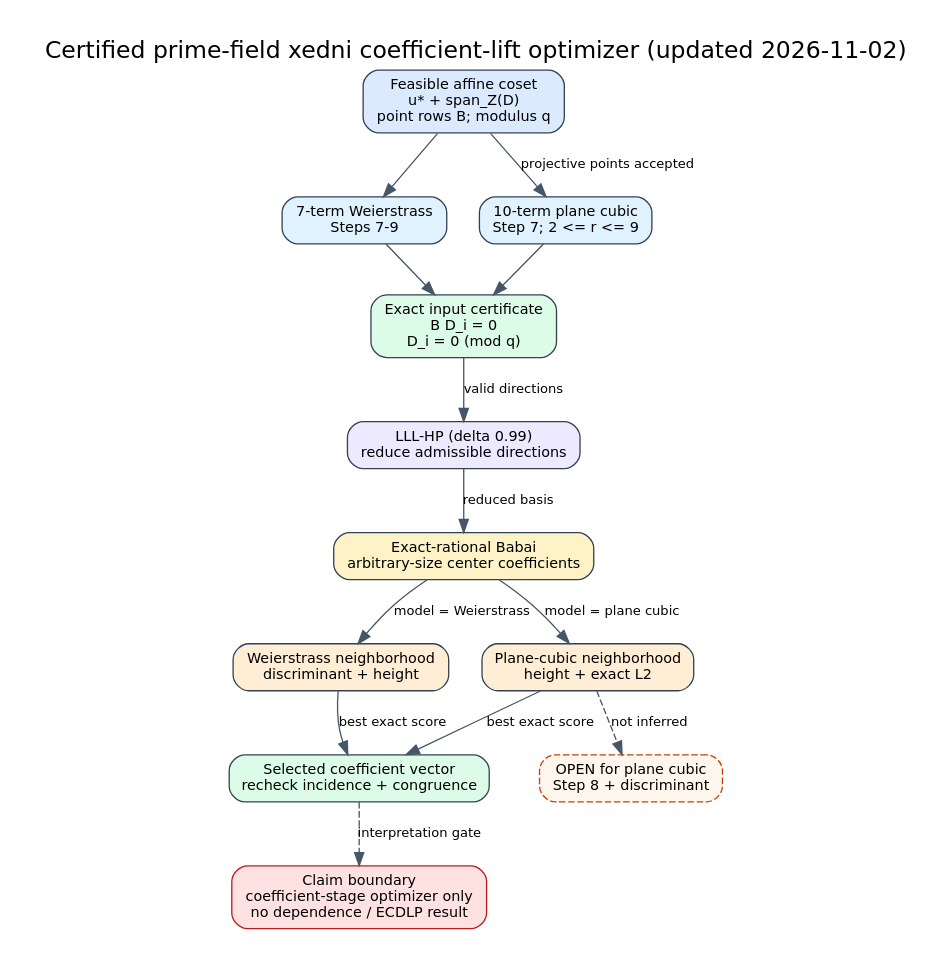
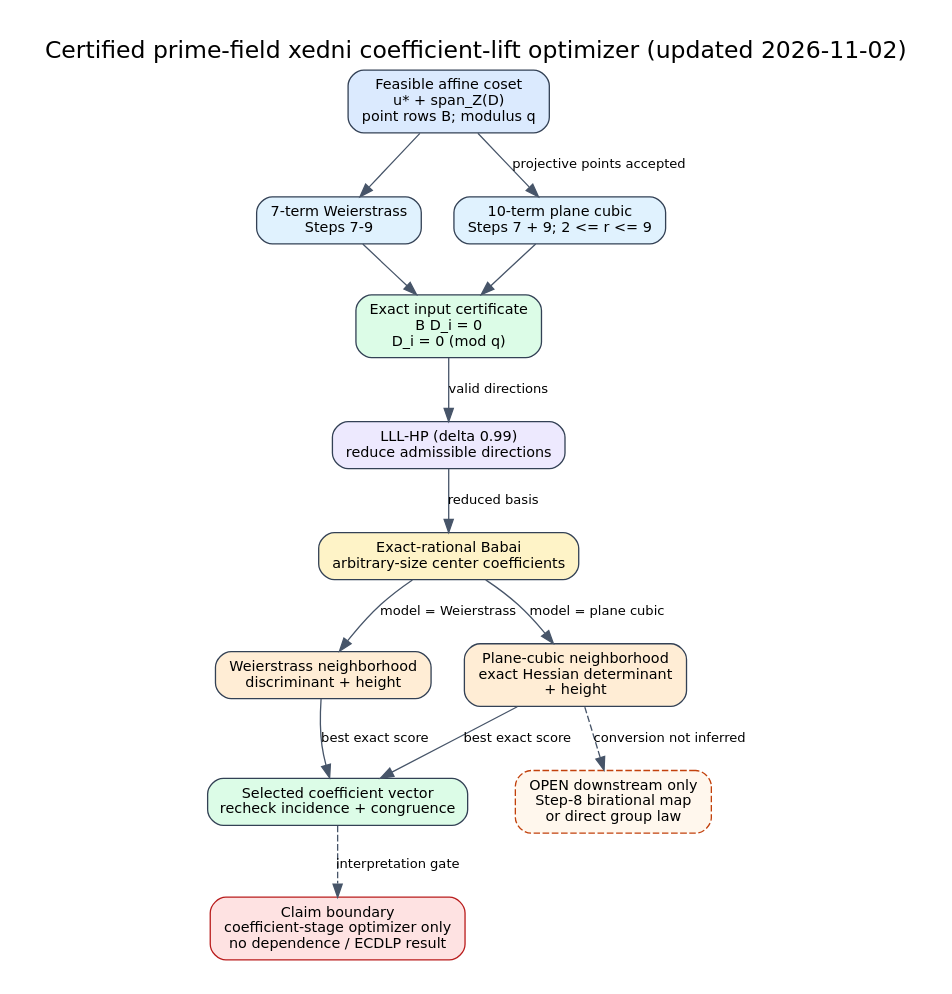
The diagram in research/xedni_lift_optimizer_20261101/pipeline.dot (isogeny-labs/cryptanalysis), drawn with Graphviz before and after one commit. The commit also changed 8 other files, not shown here.

```diff
--- a/research/xedni_lift_optimizer_20261101/pipeline.dot
+++ b/research/xedni_lift_optimizer_20261101/pipeline.dot
@@ -1,33 +1,33 @@
 digraph xedni_lift {
   graph [rankdir=TB, bgcolor="white", pad=0.25, nodesep=0.35, ranksep=0.52,
          label="Certified prime-field xedni coefficient-lift optimizer (updated 2026-11-02)",
          labelloc=t, fontsize=18, fontname="DejaVu Sans"];
   node [shape=box, style="rounded,filled", fontname="DejaVu Sans", fontsize=11,
         color="#334155", fillcolor="#f8fafc", margin="0.14,0.09"];
   edge [fontname="DejaVu Sans", fontsize=10, color="#475569"];
 
   input [label="Feasible affine coset\nu* + span_Z(D)\npoint rows B; modulus q", fillcolor="#dbeafe"];
   wmodel [label="7-term Weierstrass\nSteps 7-9", fillcolor="#e0f2fe"];
-  cmodel [label="10-term plane cubic\nStep 7; 2 <= r <= 9", fillcolor="#e0f2fe"];
+  cmodel [label="10-term plane cubic\nSteps 7 + 9; 2 <= r <= 9", fillcolor="#e0f2fe"];
   certify [label="Exact input certificate\nB D_i = 0\nD_i = 0 (mod q)", fillcolor="#dcfce7"];
   lll [label="LLL-HP (delta 0.99)\nreduce admissible directions", fillcolor="#ede9fe"];
   babai [label="Exact-rational Babai\narbitrary-size center coefficients", fillcolor="#fef3c7"];
   wsearch [label="Weierstrass neighborhood\ndiscriminant + height", fillcolor="#ffedd5"];
-  csearch [label="Plane-cubic neighborhood\nheight + exact L2", fillcolor="#ffedd5"];
+  csearch [label="Plane-cubic neighborhood\nexact Hessian determinant\n+ height", fillcolor="#ffedd5"];
   output [label="Selected coefficient vector\nrecheck incidence + congruence", fillcolor="#dcfce7"];
-  gap [label="OPEN for plane cubic\nStep 8 + discriminant", style="rounded,filled,dashed", fillcolor="#fff7ed", color="#c2410c"];
+  gap [label="OPEN downstream only\nStep-8 birational map\nor direct group law", style="rounded,filled,dashed", fillcolor="#fff7ed", color="#c2410c"];
   claim [label="Claim boundary\ncoefficient-stage optimizer only\nno dependence / ECDLP result", fillcolor="#fee2e2", color="#b91c1c"];
 
   input -> wmodel;
   input -> cmodel [label="projective points accepted"];
   wmodel -> certify;
   cmodel -> certify;
   certify -> lll [label="valid directions"];
   lll -> babai [label="reduced basis"];
   babai -> wsearch [label="model = Weierstrass"];
   babai -> csearch [label="model = plane cubic"];
   wsearch -> output [label="best exact score"];
   csearch -> output [label="best exact score"];
-  csearch -> gap [style=dashed, label="not inferred"];
+  csearch -> gap [style=dashed, label="conversion not inferred"];
   output -> claim [style=dashed, label="interpretation gate"];
 }
```
